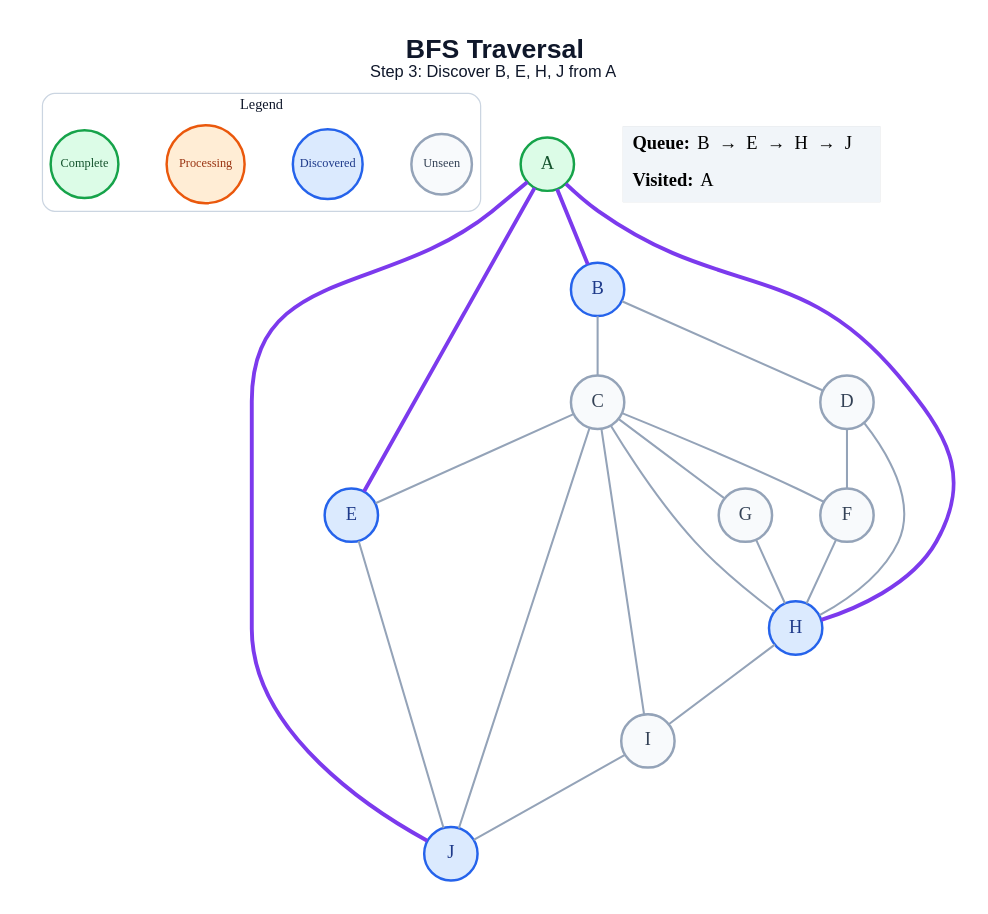
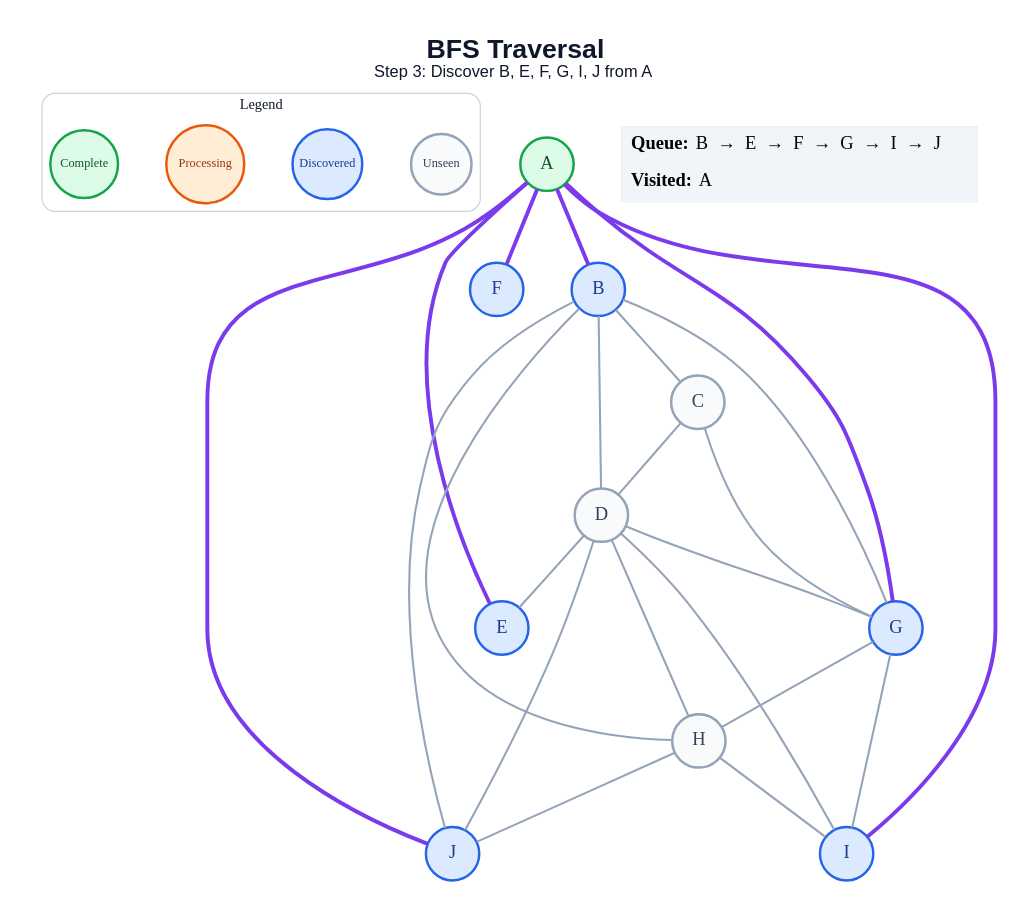
The diagram in generated/bfs/step_03.dot (amanghodawala9/ai-slop), drawn with Graphviz before and after one commit. The commit also changed 178 other files, not shown here.

```diff
--- a/generated/bfs/step_03.dot
+++ b/generated/bfs/step_03.dot
@@ -1,48 +1,51 @@
 graph traversal {
   graph [layout=dot, rankdir=TB, bgcolor="#FFFFFF", pad="0.35", nodesep="0.65", ranksep="0.8", fontname="Arial"];
   node [shape=circle, style="filled", fontname="Arial Bold", fontsize=18, width=0.72, fixedsize=true, penwidth=2.4];
   edge [color="#94A3B8", penwidth=2.0];
-  label=<<B>BFS Traversal</B><BR/><FONT POINT-SIZE="16">Step 3: Discover B, E, H, J from A</FONT>>; labelloc="t"; fontsize=26; fontname="Arial"; fontcolor="#0F172A";
+  label=<<B>BFS Traversal</B><BR/><FONT POINT-SIZE="16">Step 3: Discover B, E, F, G, I, J from A</FONT>>; labelloc="t"; fontsize=26; fontname="Arial"; fontcolor="#0F172A";
   subgraph cluster_legend { label="Legend"; color="#CBD5E1"; penwidth=1.2; style="rounded"; fontsize=14; fontname="Arial Bold";
     key_unseen [label="Unseen", fillcolor="#F8FAFC", color="#94A3B8", fontcolor="#334155", fontsize=12, width=0.82];
     key_frontier [label="Discovered", fillcolor="#DBEAFE", color="#2563EB", fontcolor="#1E3A8A", fontsize=12, width=0.95];
     key_current [label="Processing", fillcolor="#FFEDD5", color="#EA580C", fontcolor="#9A3412", fontsize=12, width=1.05];
     key_done [label="Complete", fillcolor="#DCFCE7", color="#16A34A", fontcolor="#14532D", fontsize=12, width=0.92];
     { rank=same; key_unseen; key_frontier; key_current; key_done; }
   }
   A [fillcolor="#DCFCE7", color="#16A34A", fontcolor="#14532D"];
   B [fillcolor="#DBEAFE", color="#2563EB", fontcolor="#1E3A8A"];
   C [fillcolor="#F8FAFC", color="#94A3B8", fontcolor="#334155"];
   D [fillcolor="#F8FAFC", color="#94A3B8", fontcolor="#334155"];
   E [fillcolor="#DBEAFE", color="#2563EB", fontcolor="#1E3A8A"];
-  F [fillcolor="#F8FAFC", color="#94A3B8", fontcolor="#334155"];
-  G [fillcolor="#F8FAFC", color="#94A3B8", fontcolor="#334155"];
-  H [fillcolor="#DBEAFE", color="#2563EB", fontcolor="#1E3A8A"];
-  I [fillcolor="#F8FAFC", color="#94A3B8", fontcolor="#334155"];
+  F [fillcolor="#DBEAFE", color="#2563EB", fontcolor="#1E3A8A"];
+  G [fillcolor="#DBEAFE", color="#2563EB", fontcolor="#1E3A8A"];
+  H [fillcolor="#F8FAFC", color="#94A3B8", fontcolor="#334155"];
+  I [fillcolor="#DBEAFE", color="#2563EB", fontcolor="#1E3A8A"];
   J [fillcolor="#DBEAFE", color="#2563EB", fontcolor="#1E3A8A"];
   A -- B [color="#7C3AED", penwidth=3.8];
   A -- E [color="#7C3AED", penwidth=3.8];
-  A -- H [color="#7C3AED", penwidth=3.8];
+  A -- F [color="#7C3AED", penwidth=3.8];
+  A -- G [color="#7C3AED", penwidth=3.8];
+  A -- I [color="#7C3AED", penwidth=3.8];
   A -- J [color="#7C3AED", penwidth=3.8];
   B -- C;
   B -- D;
-  C -- E;
-  C -- F;
+  B -- G;
+  B -- H;
+  B -- J;
+  C -- D;
   C -- G;
-  C -- H;
-  C -- I;
-  C -- J;
-  D -- F;
+  D -- E;
+  D -- G;
   D -- H;
-  E -- J;
-  F -- H;
+  D -- I;
+  D -- J;
   G -- H;
+  G -- I;
   H -- I;
-  I -- J;
+  H -- J;
   status [shape=plain, fixedsize=false, width=0, height=0, margin=0, label=<
     <TABLE BORDER="0" CELLBORDER="0" CELLPADDING="7" BGCOLOR="#F1F5F9">
-      <TR><TD ALIGN="LEFT"><B>Queue:</B> B  →  E  →  H  →  J</TD></TR>
+      <TR><TD ALIGN="LEFT"><B>Queue:</B> B  →  E  →  F  →  G  →  I  →  J</TD></TR>
       <TR><TD ALIGN="LEFT"><B>Visited:</B> A</TD></TR>
     </TABLE>
   >];
 }
```
